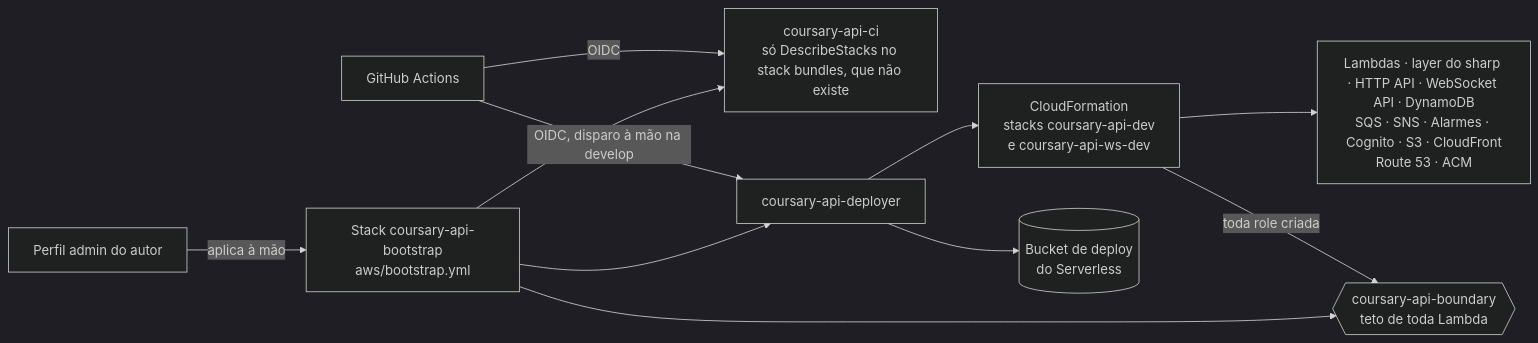
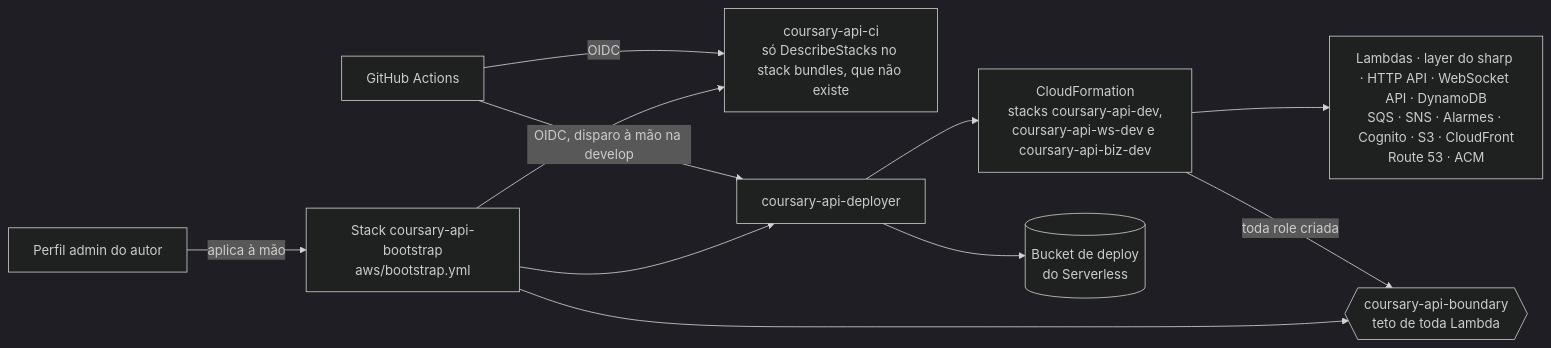
The third of 3 diagrams in docs/system-design.md (joaosoarees/coursary-api), drawn with Mermaid (dark theme) before and after one commit. The commit also changed other lines of this file, not shown here.

````diff
--- a/docs/system-design.md
+++ b/docs/system-design.md
@@ -248,11 +250,11 @@
 ```mermaid
 flowchart LR
   gh[GitHub Actions] -->|OIDC| ci[coursary-api-ci<br/>só DescribeStacks no stack bundles, que não existe]
   gh -->|OIDC, disparo à mão na develop| dep[coursary-api-deployer]
-  dep --> cfn[CloudFormation<br/>stacks coursary-api-dev<br/>e coursary-api-ws-dev]
+  dep --> cfn[CloudFormation<br/>stacks coursary-api-dev,<br/>coursary-api-ws-dev e coursary-api-biz-dev]
   dep --> bucket[(Bucket de deploy<br/>do Serverless)]
   cfn --> res[Lambdas · layer do sharp · HTTP API · WebSocket API · DynamoDB<br/>SQS · SNS · Alarmes · Cognito · S3 · CloudFront<br/>Route 53 · ACM]
   cfn -->|toda role criada| boundary{{coursary-api-boundary<br/>teto de toda Lambda}}
   admin[Perfil admin do autor] -->|aplica à mão| boot[Stack coursary-api-bootstrap<br/>aws/bootstrap.yml]
   boot --> ci & dep & boundary
 ```
````
